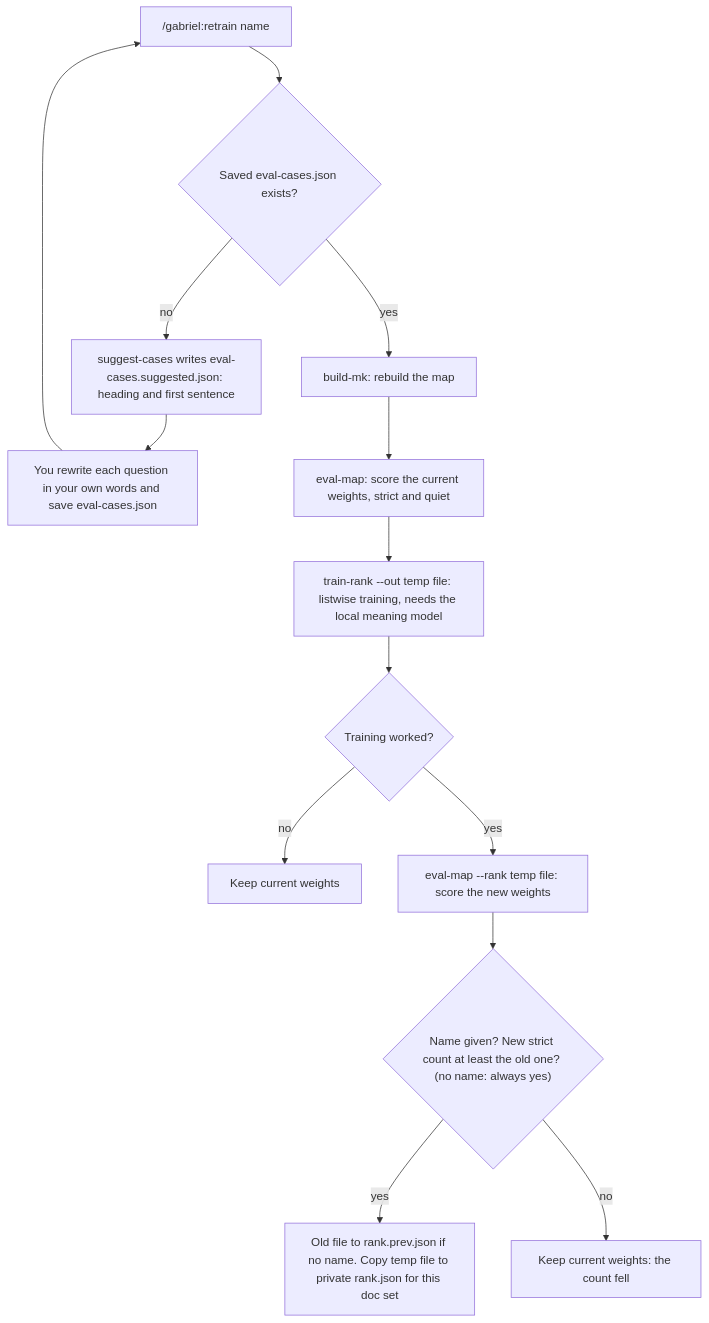
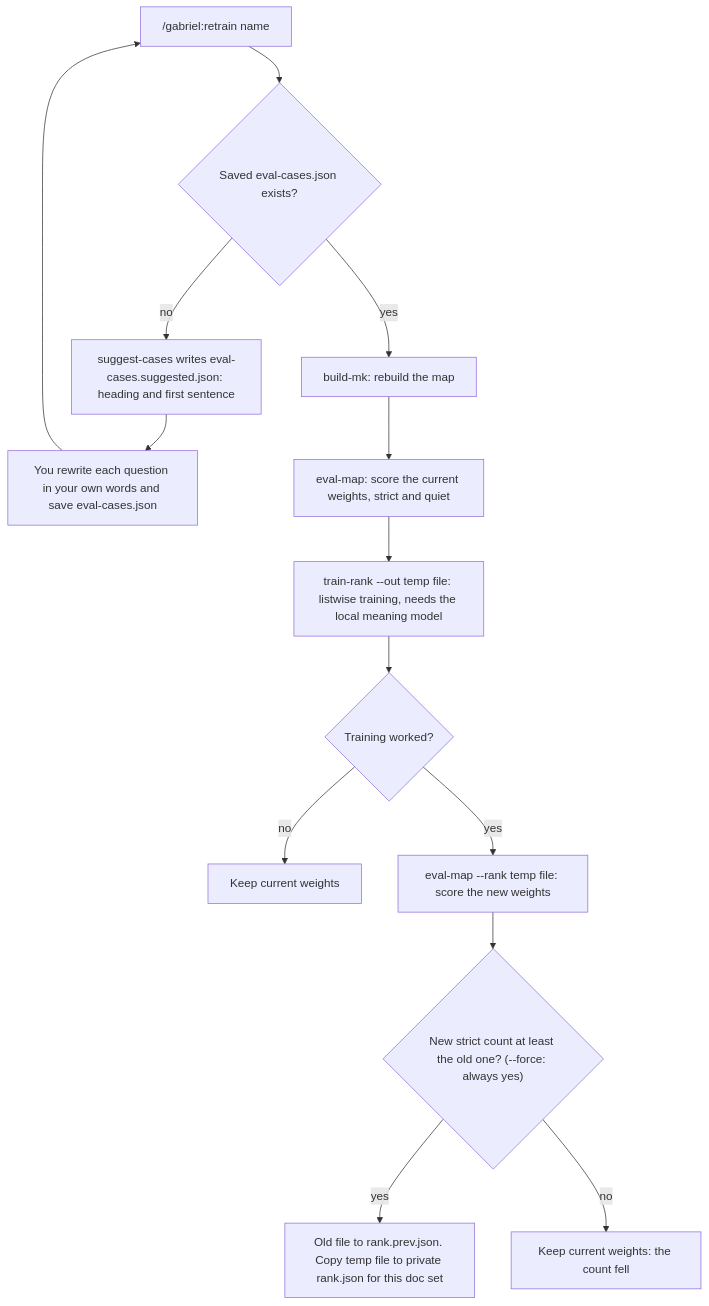
The sixth of 10 diagrams in docs/WORKFLOWS.md (ThanhNVan/gabriel-plugin), drawn with Mermaid before and after one commit. The commit also changed other lines of this file and 35 other files, not shown here.

````diff
--- a/docs/WORKFLOWS.md
+++ b/docs/WORKFLOWS.md
@@ -169,16 +169,16 @@
 ```mermaid
 flowchart TD
   A["/gabriel:retrain name"] --> D1{"Saved eval-cases.json exists?"}
   D1 -- "no" --> SU["suggest-cases writes eval-cases.suggested.json: heading and first sentence"]
   SU --> HW["You rewrite each question in your own words and save eval-cases.json"]
   HW --> A
   D1 -- "yes" --> B["build-mk: rebuild the map"]
   B --> E1["eval-map: score the current weights, strict and quiet"]
   E1 --> TR["train-rank --out temp file: listwise training, needs the local meaning model"]
   TR --> D2{"Training worked?"}
   D2 -- "no" --> K0["Keep current weights"]
   D2 -- "yes" --> E2["eval-map --rank temp file: score the new weights"]
-  E2 --> D3{"Name given? New strict count at least the old one? (no name: always yes)"}
-  D3 -- "yes" --> SV["Old file to rank.prev.json if no name. Copy temp file to private rank.json for this doc set"]
+  E2 --> D3{"New strict count at least the old one? (--force: always yes)"}
+  D3 -- "yes" --> SV["Old file to rank.prev.json. Copy temp file to private rank.json for this doc set"]
   D3 -- "no" --> K1["Keep current weights: the count fell"]
 ```
````
